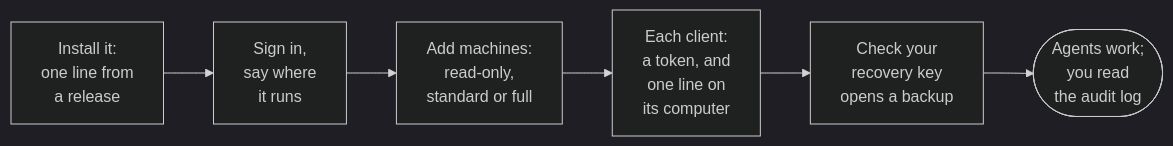
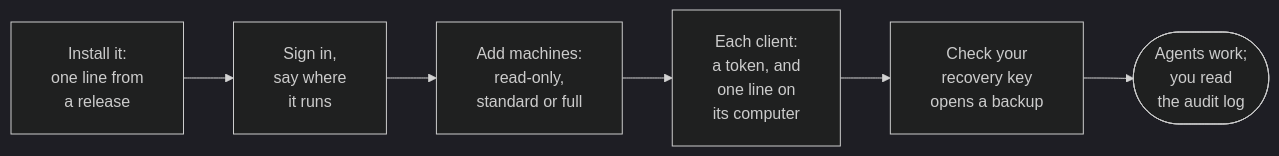
One commit to ASeabrook36/nervus changed the third of 3 diagrams in README.md. Above: the diagram before and after it, drawn with Mermaid (dark theme). The commit also changed other lines of this file and 4 other files, not shown here.

````diff
--- a/README.md
+++ b/README.md
@@ -193,9 +196,9 @@
 ```mermaid
-%%{init: {"flowchart": {"diagramPadding": 200}}}%%
+%%{init: {"flowchart": {"diagramPadding": 200, "wrappingWidth": 400, "padding": 20}}}%%
 flowchart LR
     s1["Install it:<br/>one line from<br/>a release"] --> s2["Sign in,<br/>say where<br/>it runs"]
     s2 --> s3["Add machines:<br/>read-only,<br/>standard or full"]
     s3 --> s4["Each client:<br/>a token, and<br/>one line on<br/>its computer"]
     s4 --> s5["Check your<br/>recovery key<br/>opens a backup"]
     s5 --> s6(["Agents work;<br/>you read<br/>the audit log"])
 ```
````
